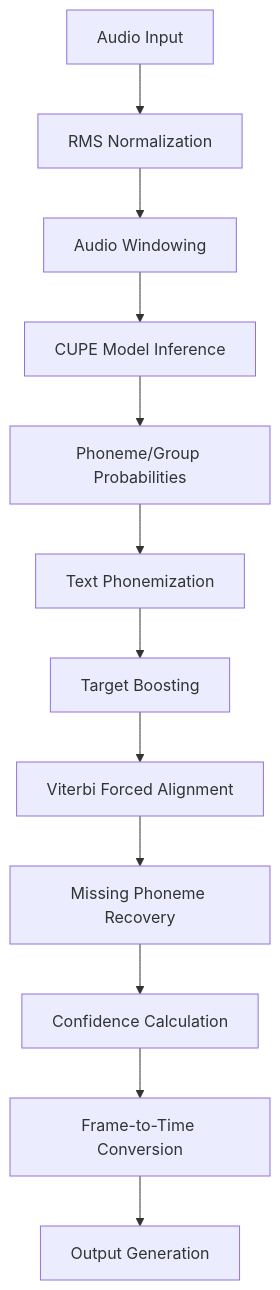
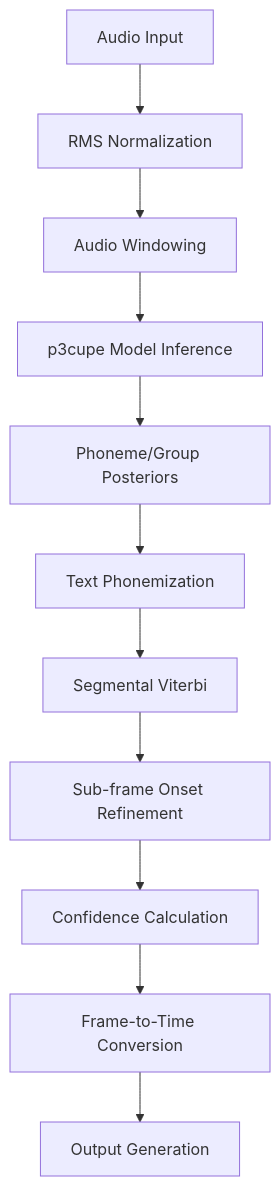
Before and after one commit to tabahi/bournemouth-forced-aligner: the diagram in README.md, drawn with Mermaid. The commit also changed other lines of this file and 46 other files, not shown here.

````diff
--- a/README.md
+++ b/README.md
@@ -1294,14 +1310,13 @@
 ```mermaid
 graph TD
     A[Audio Input] --> B[RMS Normalization]
     B --> C[Audio Windowing]
-    C --> D[CUPE Model Inference]
-    D --> E[Phoneme/Group Probabilities]
+    C --> D[p3cupe Model Inference]
+    D --> E[Phoneme/Group Posteriors]
     E --> F[Text Phonemization]
-    F --> G[Target Boosting]
-    G --> H[Viterbi Forced Alignment]
-    H --> I[Missing Phoneme Recovery]
-    I --> J[Confidence Calculation]
-    J --> K[Frame-to-Time Conversion]
-    K --> L[Output Generation]
+    F --> G[Segmental Viterbi]
+    G --> H[Sub-frame Onset Refinement]
+    H --> I[Confidence Calculation]
+    I --> J[Frame-to-Time Conversion]
+    J --> K[Output Generation]
 ```
````
